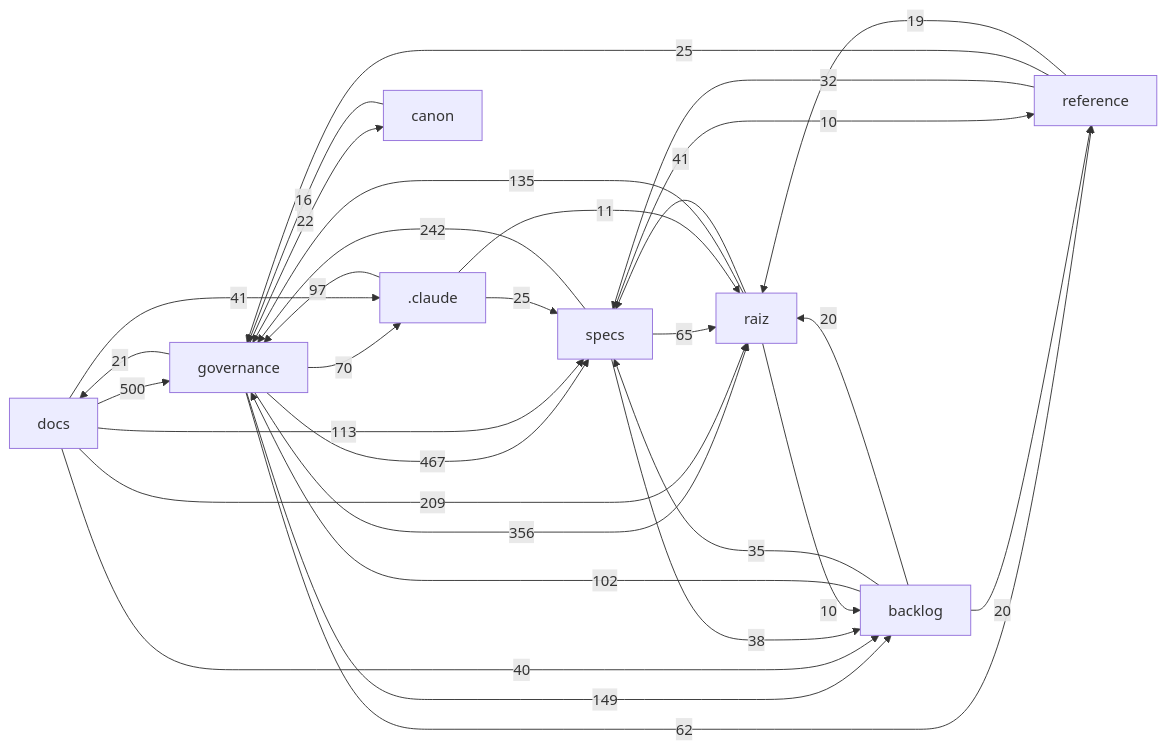
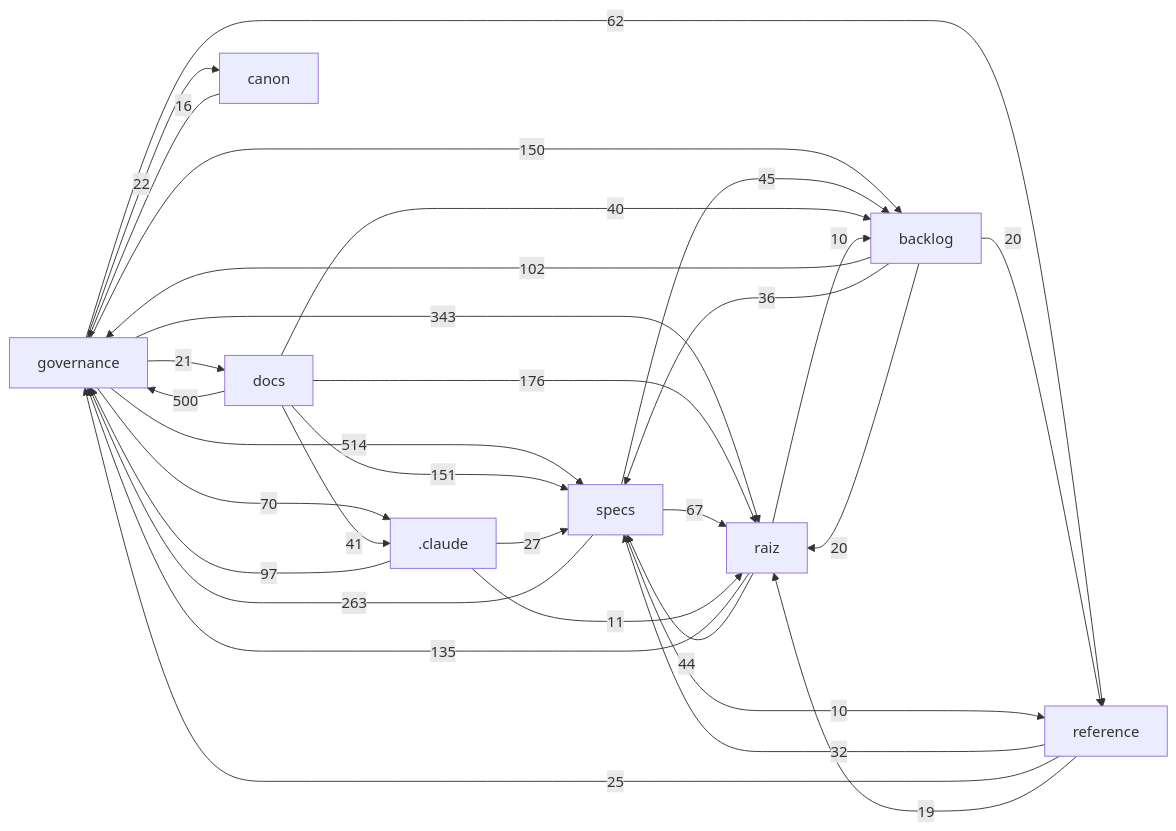
One commit to Andraus35/Sistema-Operacional-de-Trading--SOT changed the diagram in docs/mapa/MAPA-PROJETO.md. Above: the diagram before and after it, drawn with Mermaid. The commit also changed other lines of this file and 8 other files, not shown here.

````diff
--- a/docs/mapa/MAPA-PROJETO.md
+++ b/docs/mapa/MAPA-PROJETO.md
@@ -29,33 +29,33 @@
 ```mermaid
 flowchart LR
+  governance["governance"] -->|514| specs["specs"]
   docs["docs"] -->|500| governance["governance"]
-  governance["governance"] -->|467| specs["specs"]
-  governance["governance"] -->|356| raiz["raiz"]
-  specs["specs"] -->|242| governance["governance"]
-  docs["docs"] -->|209| raiz["raiz"]
-  governance["governance"] -->|149| backlog["backlog"]
+  governance["governance"] -->|343| raiz["raiz"]
+  specs["specs"] -->|263| governance["governance"]
+  docs["docs"] -->|176| raiz["raiz"]
+  docs["docs"] -->|151| specs["specs"]
+  governance["governance"] -->|150| backlog["backlog"]
   raiz["raiz"] -->|135| governance["governance"]
-  docs["docs"] -->|113| specs["specs"]
   backlog["backlog"] -->|102| governance["governance"]
   _claude[".claude"] -->|97| governance["governance"]
   governance["governance"] -->|70| _claude[".claude"]
-  specs["specs"] -->|65| raiz["raiz"]
+  specs["specs"] -->|67| raiz["raiz"]
   governance["governance"] -->|62| reference["reference"]
-  raiz["raiz"] -->|41| specs["specs"]
+  specs["specs"] -->|45| backlog["backlog"]
+  raiz["raiz"] -->|44| specs["specs"]
   docs["docs"] -->|41| _claude[".claude"]
   docs["docs"] -->|40| backlog["backlog"]
-  specs["specs"] -->|38| backlog["backlog"]
-  backlog["backlog"] -->|35| specs["specs"]
+  backlog["backlog"] -->|36| specs["specs"]
   reference["reference"] -->|32| specs["specs"]
-  _claude[".claude"] -->|25| specs["specs"]
+  _claude[".claude"] -->|27| specs["specs"]
   reference["reference"] -->|25| governance["governance"]
   governance["governance"] -->|22| canon["canon"]
   governance["governance"] -->|21| docs["docs"]
   backlog["backlog"] -->|20| raiz["raiz"]
   backlog["backlog"] -->|20| reference["reference"]
   reference["reference"] -->|19| raiz["raiz"]
   canon["canon"] -->|16| governance["governance"]
   _claude[".claude"] -->|11| raiz["raiz"]
   raiz["raiz"] -->|10| backlog["backlog"]
   specs["specs"] -->|10| reference["reference"]
 ```
````
